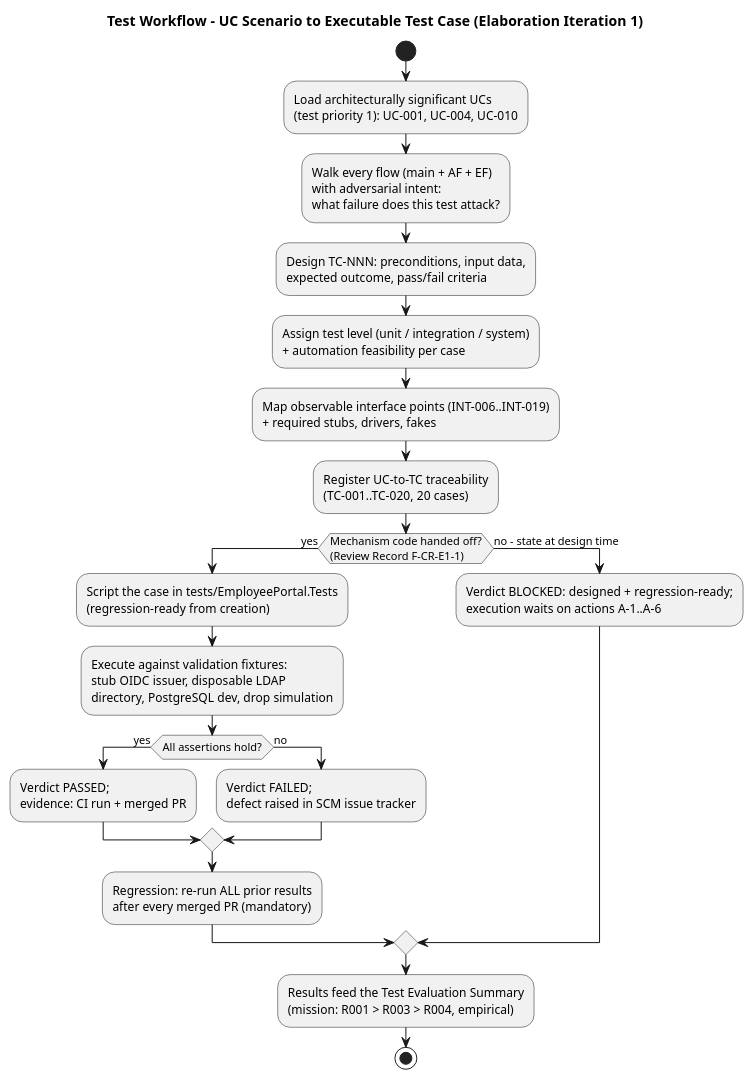
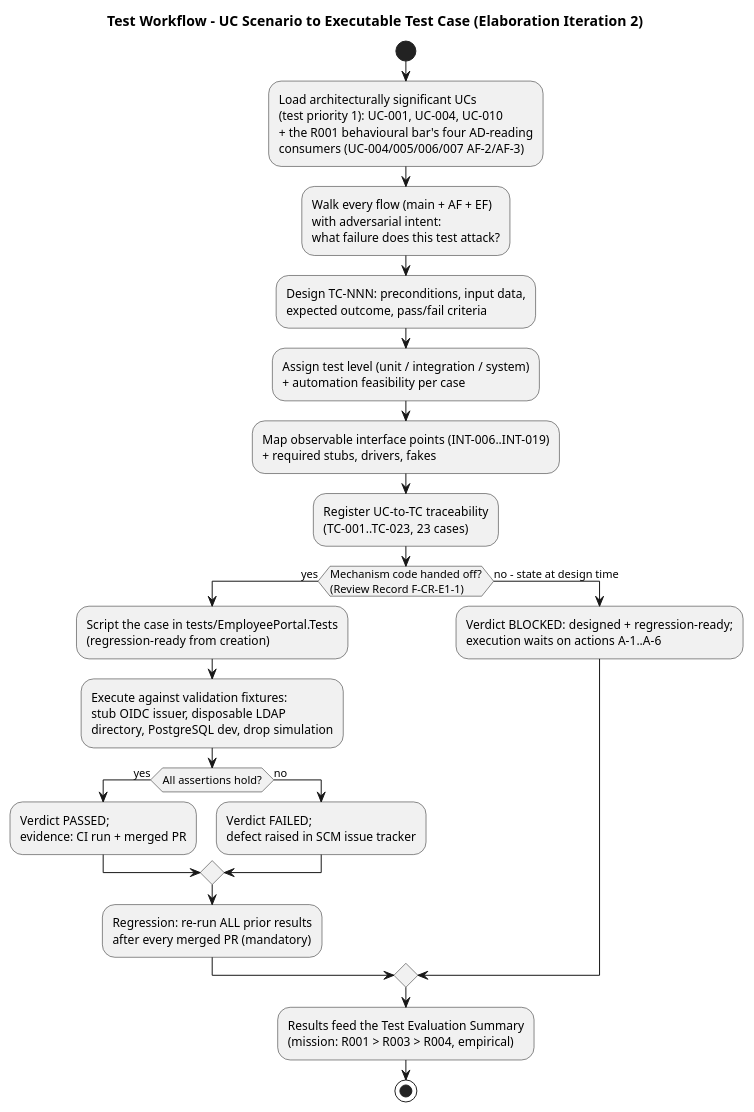
Before and after one commit to banense-test/employee-portal: the second of 7 diagrams in docs/artifacts/test/test-case.md, drawn with PlantUML. The commit also changed other lines of this file, not shown here.

First line of the commit message:
Test Designer [E2]: upsert Test Case

````diff
--- a/docs/artifacts/test/test-case.md
+++ b/docs/artifacts/test/test-case.md
@@ -141,27 +148,27 @@
 ```plantuml
 @startuml
-title Test Workflow - UC Scenario to Executable Test Case (Elaboration Iteration 1)
+title Test Workflow - UC Scenario to Executable Test Case (Elaboration Iteration 2)
 
 start
-:Load architecturally significant UCs\n(test priority 1): UC-001, UC-004, UC-010;
+:Load architecturally significant UCs\n(test priority 1): UC-001, UC-004, UC-010\n+ the R001 behavioural bar's four AD-reading\nconsumers (UC-004/005/006/007 AF-2/AF-3);
 :Walk every flow (main + AF + EF)\nwith adversarial intent:\nwhat failure does this test attack?;
 :Design TC-NNN: preconditions, input data,\nexpected outcome, pass/fail criteria;
 :Assign test level (unit / integration / system)\n+ automation feasibility per case;
 :Map observable interface points (INT-006..INT-019)\n+ required stubs, drivers, fakes;
-:Register UC-to-TC traceability\n(TC-001..TC-020, 20 cases);
+:Register UC-to-TC traceability\n(TC-001..TC-023, 23 cases);
 if (Mechanism code handed off?\n(Review Record F-CR-E1-1)) then (yes)
   :Script the case in tests/EmployeePortal.Tests\n(regression-ready from creation);
   :Execute against validation fixtures:\nstub OIDC issuer, disposable LDAP\ndirectory, PostgreSQL dev, drop simulation;
   if (All assertions hold?) then (yes)
     :Verdict PASSED;\nevidence: CI run + merged PR;
   else (no)
     :Verdict FAILED;\ndefect raised in SCM issue tracker;
   endif
   :Regression: re-run ALL prior results\nafter every merged PR (mandatory);
 else (no - state at design time)
   :Verdict BLOCKED: designed + regression-ready;\nexecution waits on actions A-1..A-6;
 endif
 :Results feed the Test Evaluation Summary\n(mission: R001 > R003 > R004, empirical);
 stop
 @enduml
 ```
````
